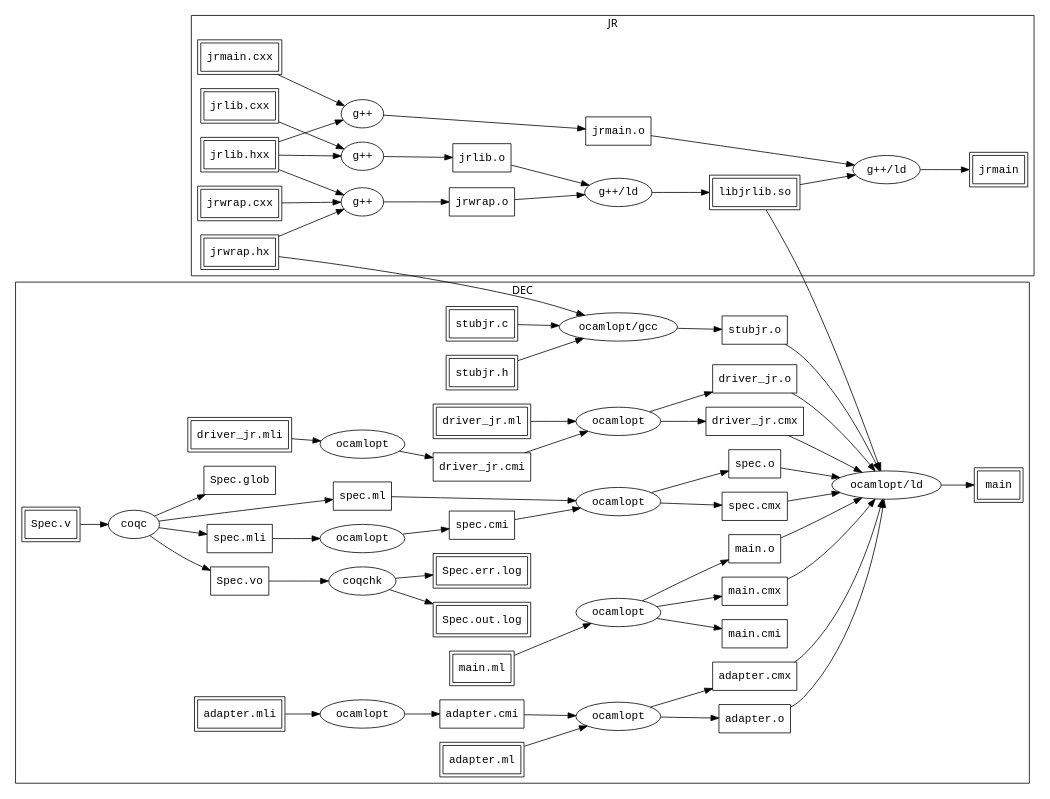
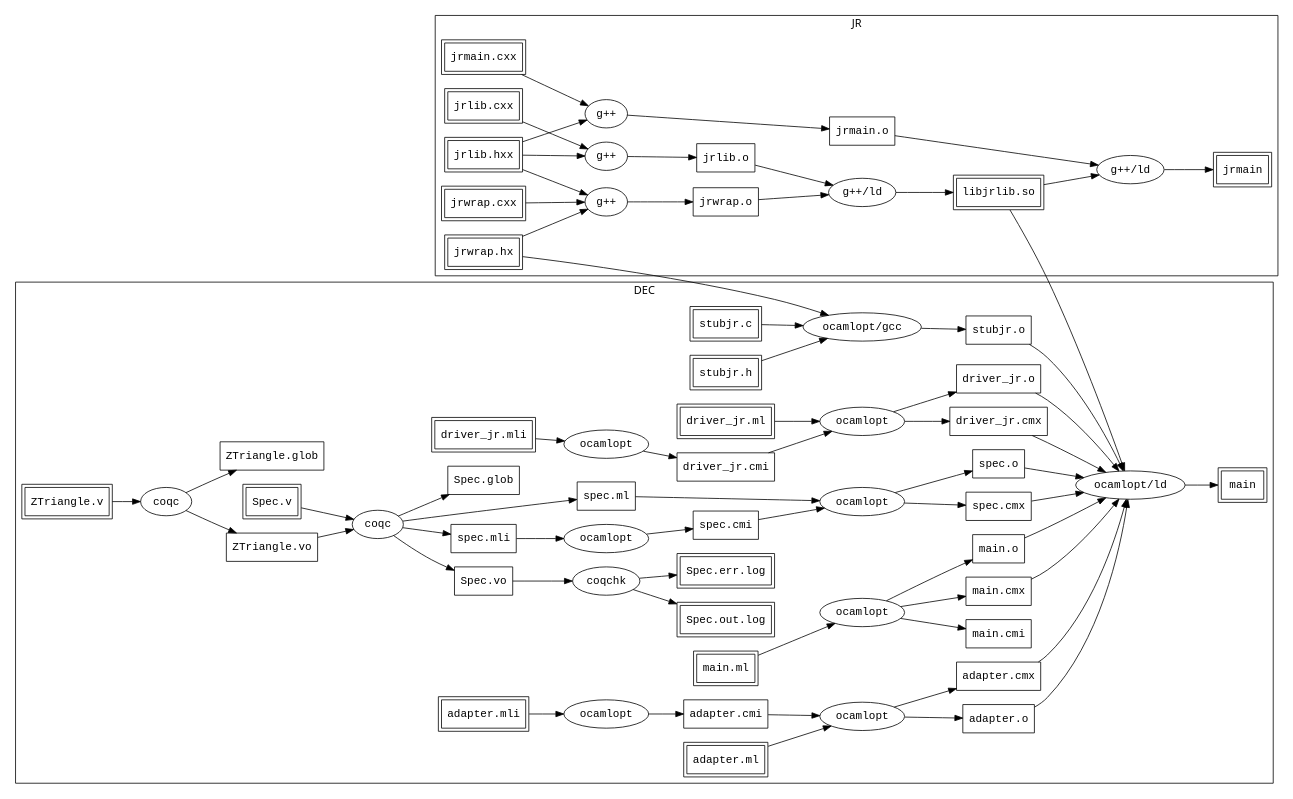
Before and after one commit to Tuplanolla/dez: the diagram in mock/flow.dot, drawn with Graphviz. The commit also changed 1 other file, not shown here.

Commit message:
Update diagram.

```diff
--- a/mock/flow.dot
+++ b/mock/flow.dot
@@ -5,6 +5,27 @@
   node [fontname = monospace]
 
   /*
+  subgraph cluster_cxx {
+    label = "C++"
+
+    node [peripheries = 2, shape = box]
+
+    algorithm [label = "algorithm"]
+    cstring [label = "cstring"]
+    iostream [label = "iostream"]
+    libstdcxx_so [label = "libstdc++.so"]
+  }
+
+  subgraph cluster_gmp {
+    label = "GMP"
+
+    node [peripheries = 2, shape = box]
+
+    gmpxx_h [label = "gmpxx.h"]
+    libgmp_so [label = "libgmp.so"]
+    libgmpxx_so [label = "libgmpxx.so"]
+  }
+
   subgraph cluster_c {
     label = "C"
 
@@ -15,17 +36,6 @@
     libc_so [label = "libc.so"]
     libdl_so [label = "libdl.so"]
     libm_so [label = "libm.so"]
-  }
-
-  subgraph cluster_cxx {
-    label = "C++"
-
-    node [peripheries = 2, shape = box]
-
-    algorithm [label = "algorithm"]
-    cstring [label = "cstring"]
-    iostream [label = "iostream"]
-    libstdcxx_so [label = "libstdc++.so"]
   }
 
   subgraph cluster_ocaml {
@@ -39,14 +49,13 @@
     caml_mlvalues_h [label = "caml/mlvalues.h"]
   }
 
-  subgraph cluster_gmp {
-    label = "GMP"
+  subgraph cluster_coq {
+    label = "Coq"
 
     node [peripheries = 2, shape = box]
 
-    gmpxx_h [label = "gmpxx.h"]
-    libgmp_so [label = "libgmp.so"]
-    libgmpxx_so [label = "libgmpxx.so"]
+    extraction [label = "Extraction.vo"]
+    zarith [label = "ZArith.vo"]
   }
   */
 
@@ -59,6 +68,7 @@
     stubjr_h [label = "stubjr.h"]
     driver_jr_ml [label = "driver_jr.ml"]
     driver_jr_mli [label = "driver_jr.mli"]
+    ztriangle_v [label = "ZTriangle.v"]
     spec_v [label = "Spec.v"]
     adapter_ml [label = "adapter.ml"]
     adapter_mli [label = "adapter.mli"]
@@ -70,6 +80,8 @@
     driver_jr_cmi [label = "driver_jr.cmi"]
     driver_jr_cmx [label = "driver_jr.cmx"]
     driver_jr_o [label = "driver_jr.o"]
+    ztriangle_vo [label = "ZTriangle.vo"]
+    ztriangle_glob [label = "ZTriangle.glob"]
     spec_vo [label = "Spec.vo"]
     spec_glob [label = "Spec.glob"]
     spec_mli [label = "spec.mli"]
@@ -93,6 +105,7 @@
     node [peripheries = 1, shape = oval]
 
     coqc_0 [label = "coqc"]
+    coqc_1 [label = "coqc"]
     coqchk_0 [label = "coqchk"]
     ocamlopt_0 [label = "ocamlopt/gcc"]
     ocamlopt_1 [label = "ocamlopt"]
@@ -159,11 +172,16 @@
   jrmain_o -> gxx_4
   gxx_4 -> jrmain
 
-  spec_v -> coqc_0
-  coqc_0 -> spec_vo
-  coqc_0 -> spec_glob
-  coqc_0 -> spec_mli
-  coqc_0 -> spec_ml
+  ztriangle_v -> coqc_0
+  coqc_0 -> ztriangle_vo
+  coqc_0 -> ztriangle_glob
+
+  ztriangle_vo -> coqc_1
+  spec_v -> coqc_1
+  coqc_1 -> spec_vo
+  coqc_1 -> spec_glob
+  coqc_1 -> spec_mli
+  coqc_1 -> spec_ml
 
   spec_vo -> coqchk_0
   coqchk_0 -> spec_out_log
@@ -240,6 +258,11 @@
   libm_so -> gxx_4
   libstdcxx_so -> gxx_4
 
+  zarith -> coqc_0
+
+  extraction -> coqc_1
+  zarith -> coqc_1
+
   caml_alloc_h -> ocamlopt_0
   caml_fail_h -> ocamlopt_0
   caml_memory_h -> ocamlopt_0
```
